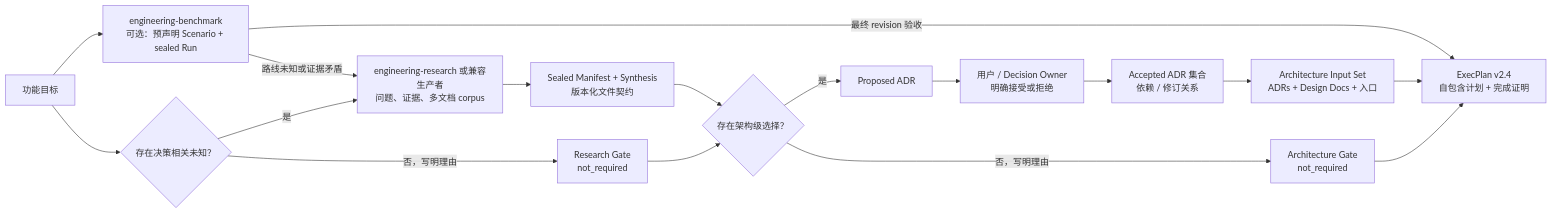
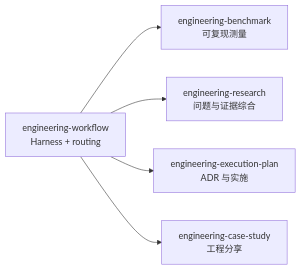
One commit to XiaoWeiKIN/RepoFoundryAI changed the diagram in SKILL.md. Above: the diagram before and after it, drawn with Mermaid. The commit also changed other lines of this file and 59 other files, not shown here.

Commit message:
refactor: introduce engineering workflow skill

````diff
--- a/SKILL.md
+++ b/SKILL.md
@@ -11,19 +12,8 @@
 ```mermaid
 flowchart LR
-    F["功能目标"] --> Q{"存在决策相关未知？"}
-    F --> B["engineering-benchmark<br/>可选：预声明 Scenario + sealed Run"]
-    B -->|"路线未知或证据矛盾"| R
-    B -->|"最终 revision 验收"| EP
-    Q -->|"是"| R["engineering-research 或兼容生产者<br/>问题、证据、多文档 corpus"]
-    R --> S["Sealed Manifest + Synthesis<br/>版本化文件契约"]
-    Q -->|"否，写明理由"| RG["Research Gate<br/>not_required"]
-    S --> A{"存在架构级选择？"}
-    A -->|"是"| P["Proposed ADR"]
-    P --> H["用户 / Decision Owner<br/>明确接受或拒绝"]
-    H --> D["Accepted ADR 集合<br/>依赖 / 修订关系"]
-    A -->|"否，写明理由"| AG["Architecture Gate<br/>not_required"]
-    D --> I["Architecture Input Set<br/>ADRs + Design Docs + 入口"]
-    I --> EP["ExecPlan v2.4<br/>自包含计划 + 完成证明"]
-    RG --> A
-    AG --> EP
+    W["engineering-workflow<br/>Harness + routing"]
+    W --> B["engineering-benchmark<br/>可复现测量"]
+    W --> R["engineering-research<br/>问题与证据综合"]
+    W --> E["engineering-execution-plan<br/>ADR 与实施"]
+    W --> C["engineering-case-study<br/>工程分享"]
 ```
````
